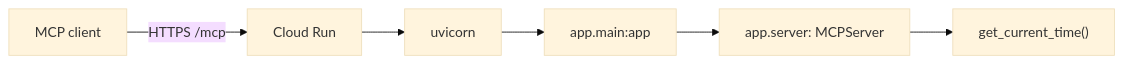
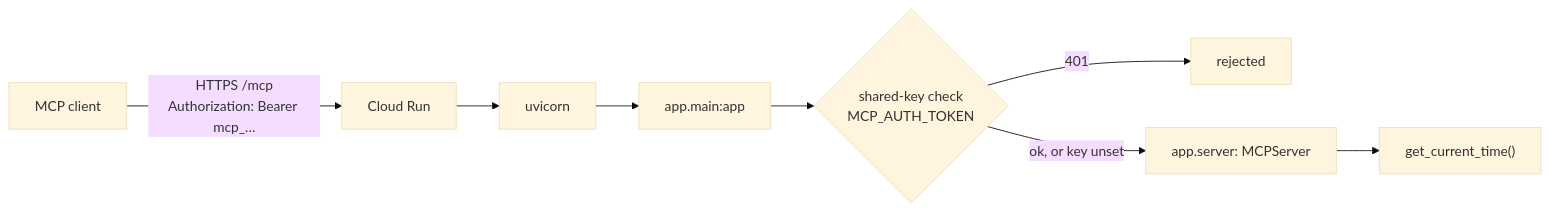
Before and after one commit to haughtai-jared/hsconnector_template: the diagram in README.md, drawn with Mermaid (base theme). The commit also changed other lines of this file and 4 other files, not shown here.

````diff
--- a/README.md
+++ b/README.md
@@ -141,8 +208,10 @@
 ```mermaid
 flowchart LR
-    C[MCP client] -->|HTTPS /mcp| R[Cloud Run]
+    C[MCP client] -->|"HTTPS /mcp<br/>Authorization: Bearer mcp_…"| R[Cloud Run]
     R --> U[uvicorn]
     U --> A[app.main:app]
-    A --> S[app.server: MCPServer]
+    A --> M{"shared-key check<br/>MCP_AUTH_TOKEN"}
+    M -->|401| X[rejected]
+    M -->|ok, or key unset| S[app.server: MCPServer]
     S --> T["get_current_time()"]
 ```
````
